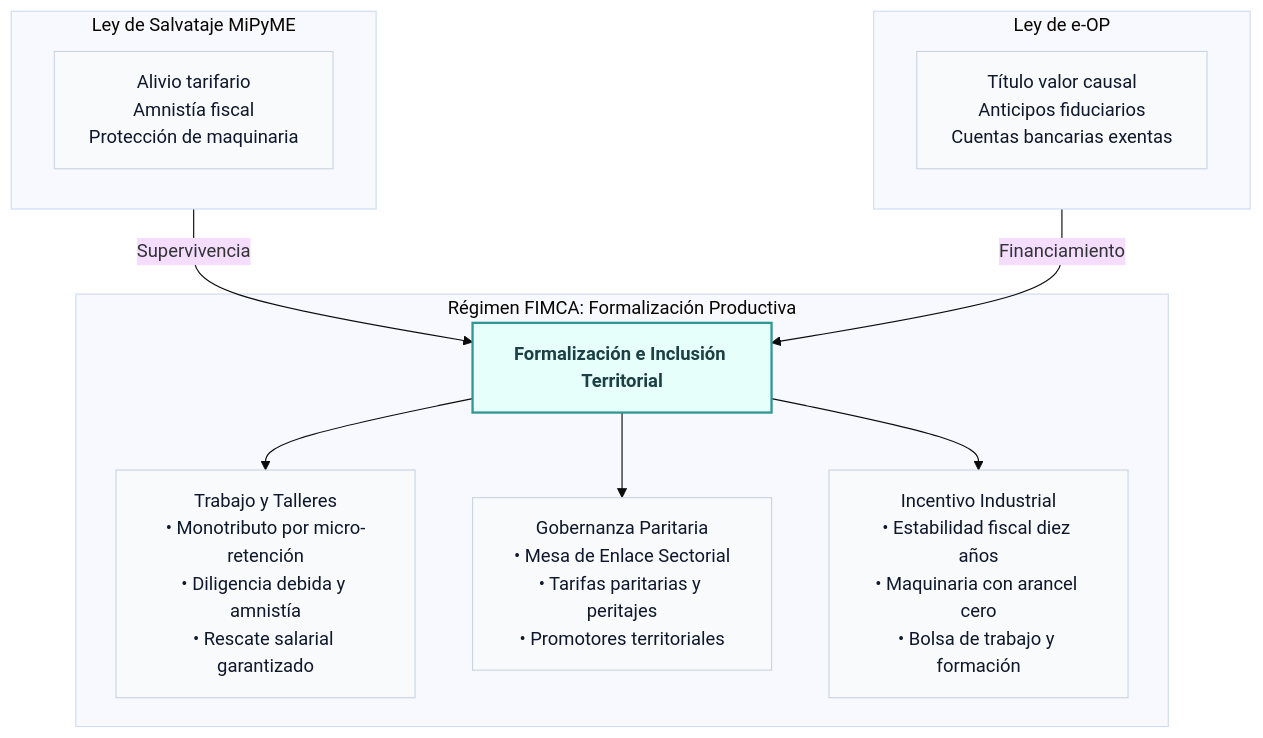
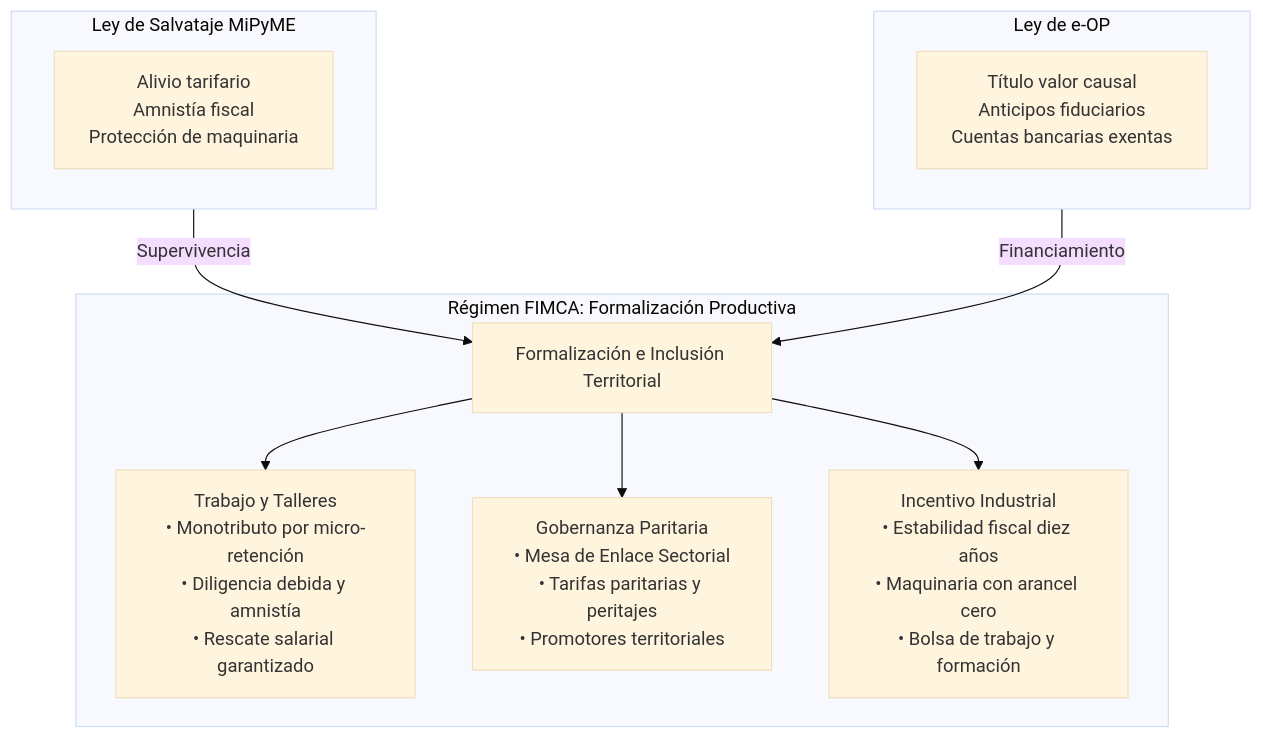
The first of 2 diagrams in docs/md/dossier_fimca_base.md (sarthouse/indinopy), drawn with Mermaid (base theme) before and after one commit. The commit also changed 16 other files, not shown here.

````diff
--- a/docs/md/dossier_fimca_base.md
+++ b/docs/md/dossier_fimca_base.md
@@ -29,28 +29,24 @@
 ```mermaid
 flowchart TD
     subgraph P1["Ley de Salvataje MiPyME"]
         S1["Alivio tarifario<br/>Amnistía fiscal<br/>Protección de maquinaria"]
     end
 
     subgraph P2["Ley de e-OP"]
         S2["Título valor causal<br/>Anticipos fiduciarios<br/>Cuentas bancarias exentas"]
     end
 
     subgraph FIMCA["Régimen FIMCA: Formalización Productiva"]
         F_CORE["Formalización e Inclusión Territorial"]
         
         E1["Trabajo y Talleres<br/>• Monotributo por micro-retención<br/>• Diligencia debida y amnistía<br/>• Rescate salarial garantizado"]
         E2["Gobernanza Paritaria<br/>• Mesa de Enlace Sectorial<br/>• Tarifas paritarias y peritajes<br/>• Promotores territoriales"]
         E3["Incentivo Industrial<br/>• Estabilidad fiscal diez años<br/>• Maquinaria con arancel cero<br/>• Bolsa de trabajo y formación"]
     end
 
     P1 -->|"Supervivencia"| F_CORE
     P2 -->|"Financiamiento"| F_CORE
     F_CORE --> E1
     F_CORE --> E2
     F_CORE --> E3
-
-    classDef default fill:#F8FAFC,stroke:#CBD5E1,stroke-width:1px,color:#0F172A;
-    classDef core fill:#E6FFFA,stroke:#319795,stroke-width:2px,color:#1D4044,font-weight:bold;
-    class F_CORE core;
 ```
````
